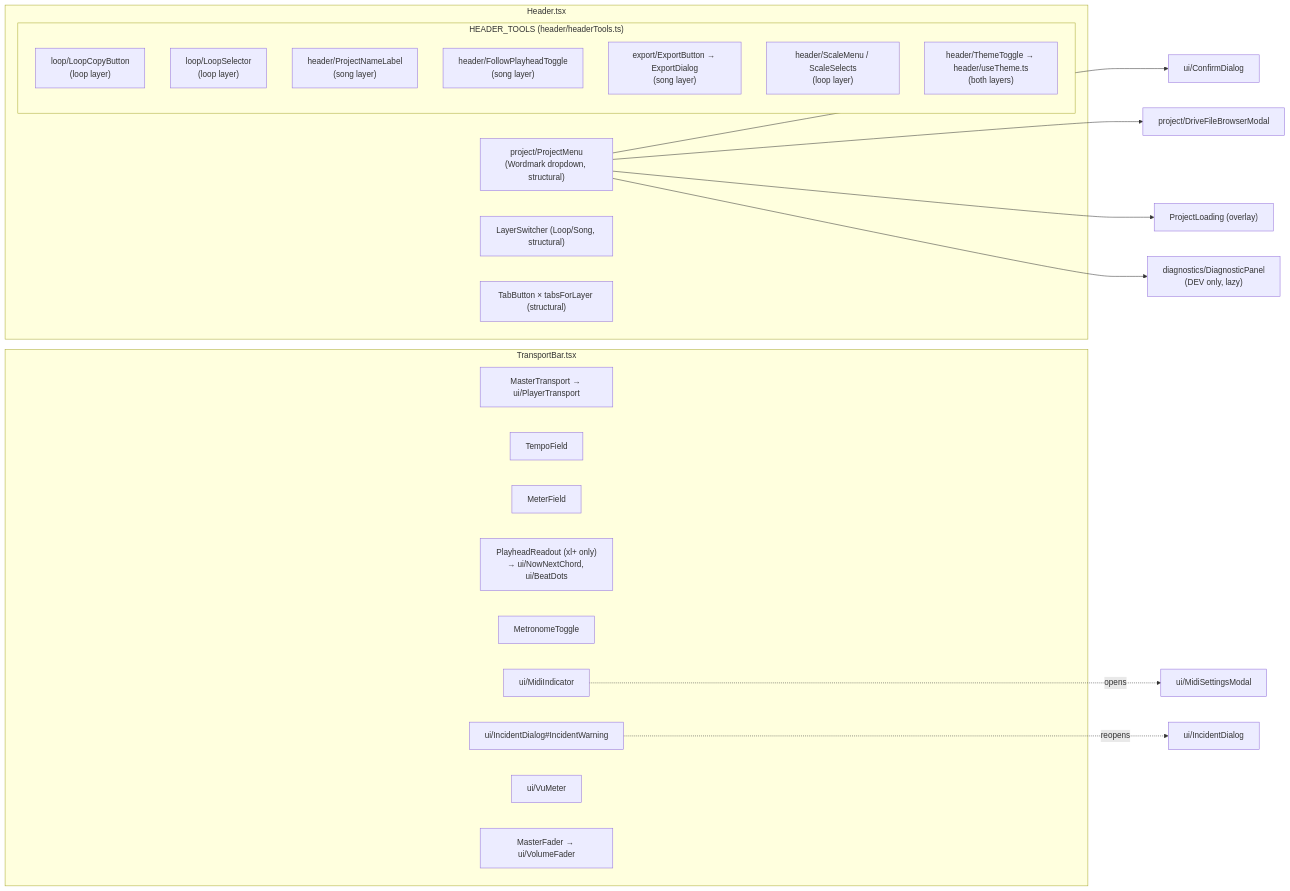
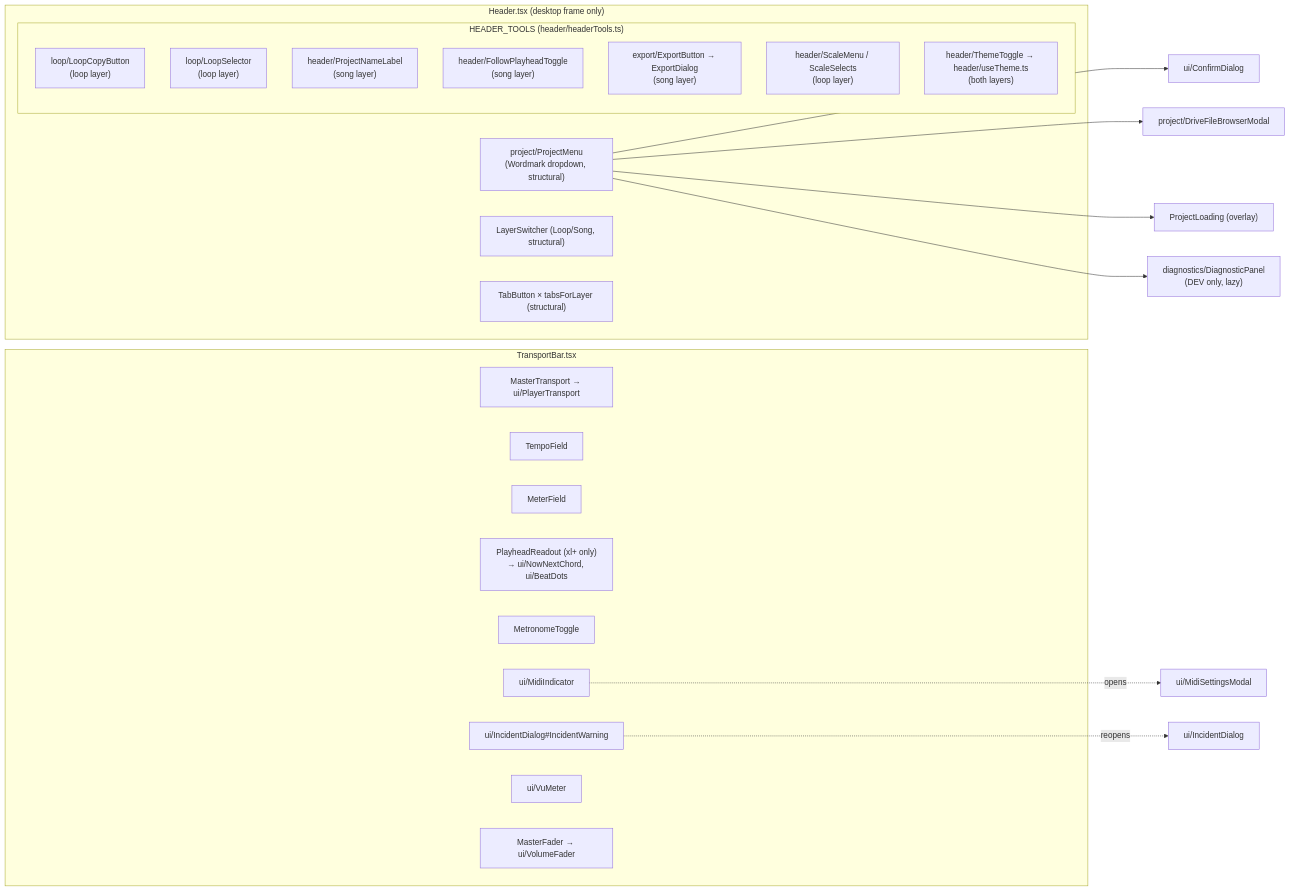
One commit to themiddnight/solna changed the second of 5 diagrams in docs/architecture/structure/01-ui.md. Above: the diagram before and after it, drawn with Mermaid. The commit also changed other lines of this file and 9 other files, not shown here.

````diff
--- a/docs/architecture/structure/01-ui.md
+++ b/docs/architecture/structure/01-ui.md
@@ -81,34 +90,34 @@
 ```mermaid
 flowchart LR
-  subgraph Header["Header.tsx"]
+  subgraph Header["Header.tsx (desktop frame only)"]
     PM["project/ProjectMenu<br/>(Wordmark dropdown, structural)"]
     LS["LayerSwitcher (Loop/Song, structural)"]
     subgraph Tools["HEADER_TOOLS (header/headerTools.ts)"]
       LCB["loop/LoopCopyButton<br/>(loop layer)"]
       LSel["loop/LoopSelector<br/>(loop layer)"]
       PNL["header/ProjectNameLabel<br/>(song layer)"]
       FPT["header/FollowPlayheadToggle<br/>(song layer)"]
       EXP["export/ExportButton → ExportDialog<br/>(song layer)"]
       SM["header/ScaleMenu / ScaleSelects<br/>(loop layer)"]
       TH["header/ThemeToggle → header/useTheme.ts<br/>(both layers)"]
     end
     TB["TabButton × tabsForLayer (structural)"]
   end
   PM --> CD["ui/ConfirmDialog"]
   PM --> DFB["project/DriveFileBrowserModal"]
   PM --> PLo["ProjectLoading (overlay)"]
   PM --> DP["diagnostics/DiagnosticPanel<br/>(DEV only, lazy)"]
   subgraph Transport["TransportBar.tsx"]
     MT["MasterTransport → ui/PlayerTransport"]
     TF["TempoField"]
     MF["MeterField"]
     PR["PlayheadReadout (xl+ only)<br/>→ ui/NowNextChord, ui/BeatDots"]
     MET["MetronomeToggle"]
     MIDI["ui/MidiIndicator"]
     IW["ui/IncidentDialog#IncidentWarning"]
     VU["ui/VuMeter"]
     MFd["MasterFader → ui/VolumeFader"]
   end
   MIDI -. opens .-> MSM["ui/MidiSettingsModal"]
   IW -. reopens .-> IDlg["ui/IncidentDialog"]
 ```
````
